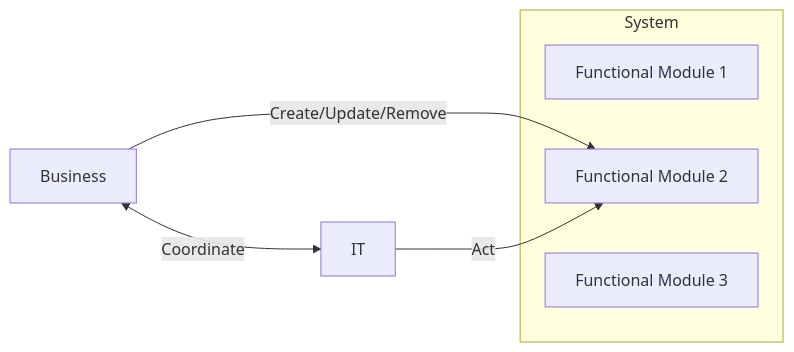
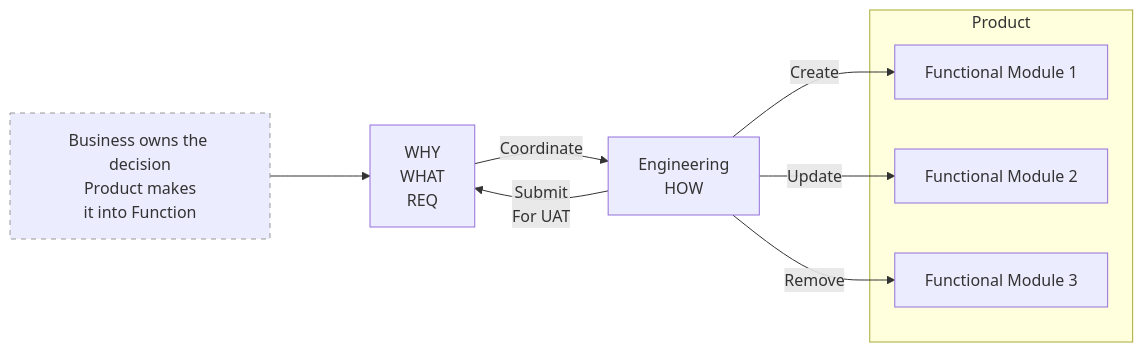
One commit to DBJARH/DBJ_METHOD changed the first of 2 diagrams in dbj_method.md. Above: the diagram before and after it, drawn with Mermaid.

````diff
--- a/dbj_method.md
+++ b/dbj_method.md
@@ -57,14 +57,20 @@
 ```mermaid
 graph LR
-  B[Business]
-  IT[IT]
-    subgraph System 
+  B[WHY<br>WHAT<br/>REQ]
+  BN["`Business owns the decision<br/> Product makes <br>it into Function`"]:::note
+  BN ---> B
+  classDef note fill:#ff,stroke:#999,stroke-dasharray:5
+
+  IT[Engineering<br>HOW]
+    subgraph Product 
     M1[Functional Module 1]
     %% indicate there could be more modules
     M2[Functional Module 2] 
     M3[Functional Module 3]
     end
-  B -->|Create/Update/Remove| M2
-  IT-->|Act| M2
-  B <--> |Coordinate| IT
+  IT -->|Create| M1
+  IT -->|Update| M2
+  IT -->|Remove| M3
+  B --> |Coordinate| IT
+  IT --> |Submit<br>For UAT| B
 ```
````
